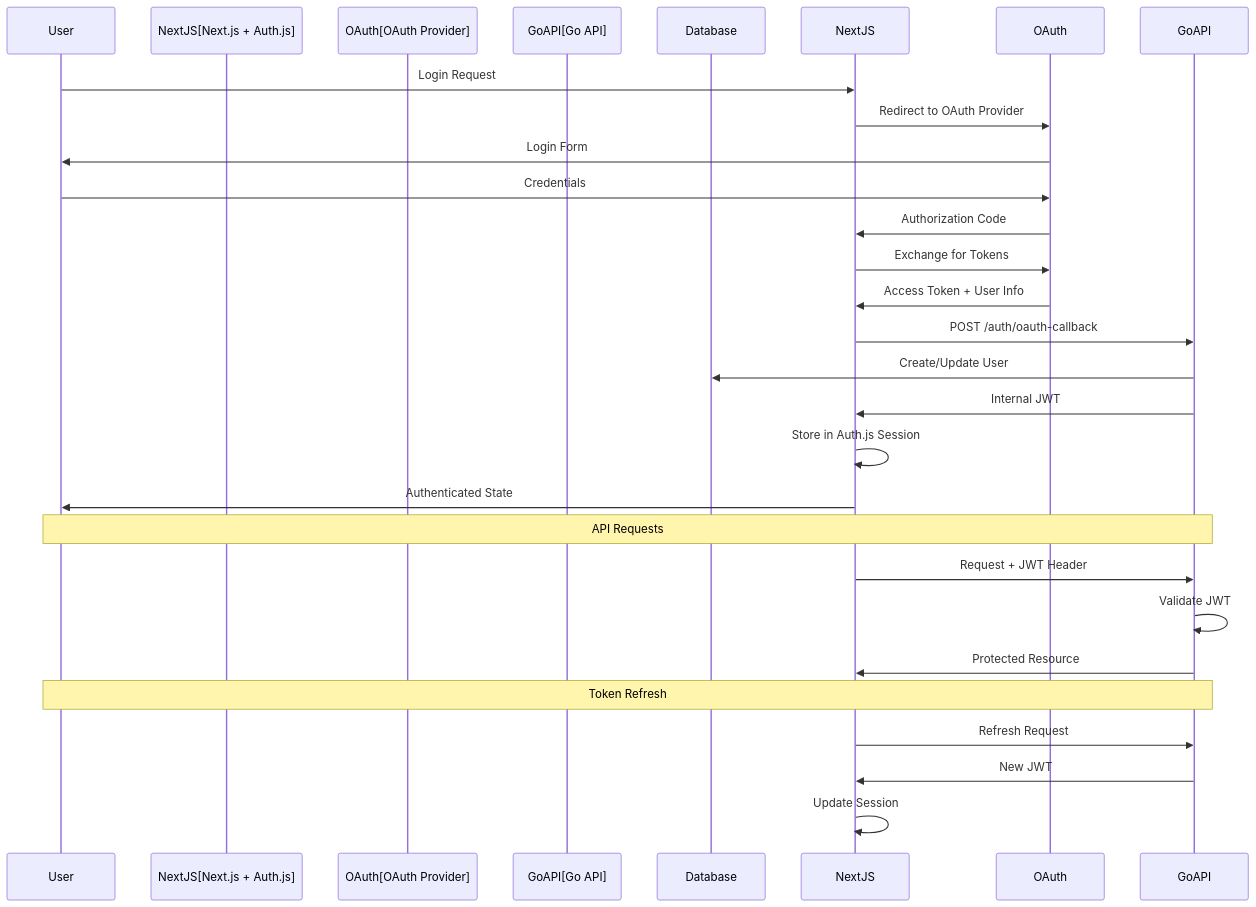
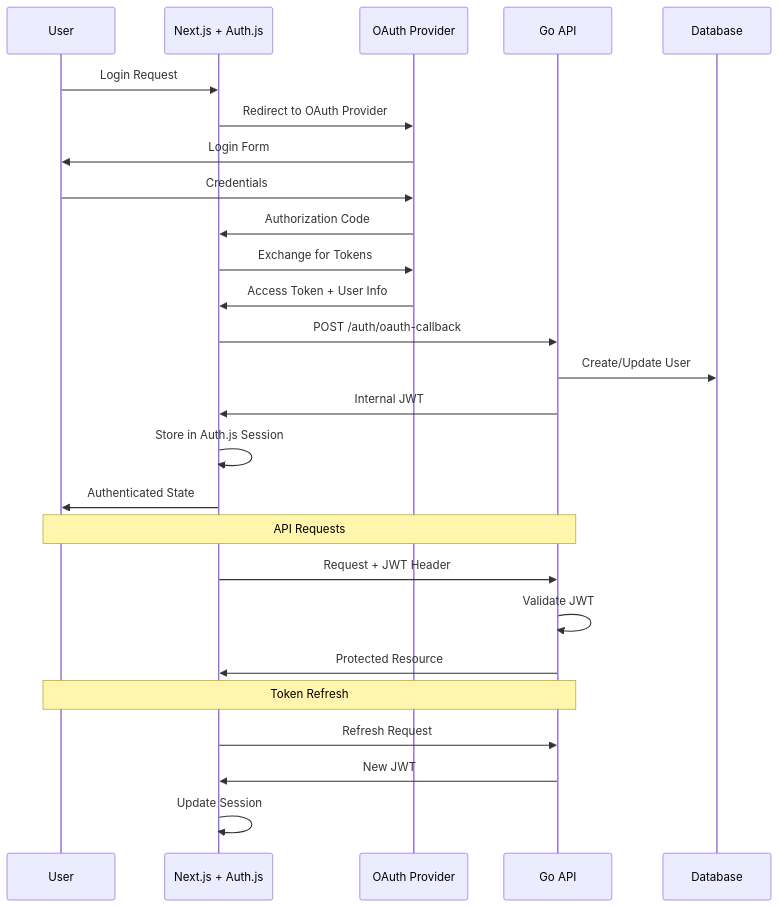
Before and after one commit to aneuhold/tracktory: the diagram in docs/architecture/technical-decisions/adr-003-authentication.md, drawn with Mermaid.

Commit message:
Update the auth spec a bit

````diff
--- a/docs/architecture/technical-decisions/adr-003-authentication.md
+++ b/docs/architecture/technical-decisions/adr-003-authentication.md
@@ -17,31 +17,31 @@
 ```mermaid
 sequenceDiagram
     participant User
-    participant NextJS[Next.js + Auth.js]
-    participant OAuth[OAuth Provider]
-    participant GoAPI[Go API]
+    participant NextJS as Next.js + Auth.js
+    participant OAuth as OAuth Provider
+    participant GoAPI as Go API
     participant Database
 
     User->>NextJS: Login Request
     NextJS->>OAuth: Redirect to OAuth Provider
     OAuth->>User: Login Form
     User->>OAuth: Credentials
     OAuth->>NextJS: Authorization Code
     NextJS->>OAuth: Exchange for Tokens
     OAuth->>NextJS: Access Token + User Info
     NextJS->>GoAPI: POST /auth/oauth-callback
     GoAPI->>Database: Create/Update User
     GoAPI->>NextJS: Internal JWT
     NextJS->>NextJS: Store in Auth.js Session
     NextJS->>User: Authenticated State
 
     Note over User,GoAPI: API Requests
     NextJS->>GoAPI: Request + JWT Header
     GoAPI->>GoAPI: Validate JWT
     GoAPI->>NextJS: Protected Resource
 
     Note over User,GoAPI: Token Refresh
     NextJS->>GoAPI: Refresh Request
     GoAPI->>NextJS: New JWT
     NextJS->>NextJS: Update Session
 ```
````
